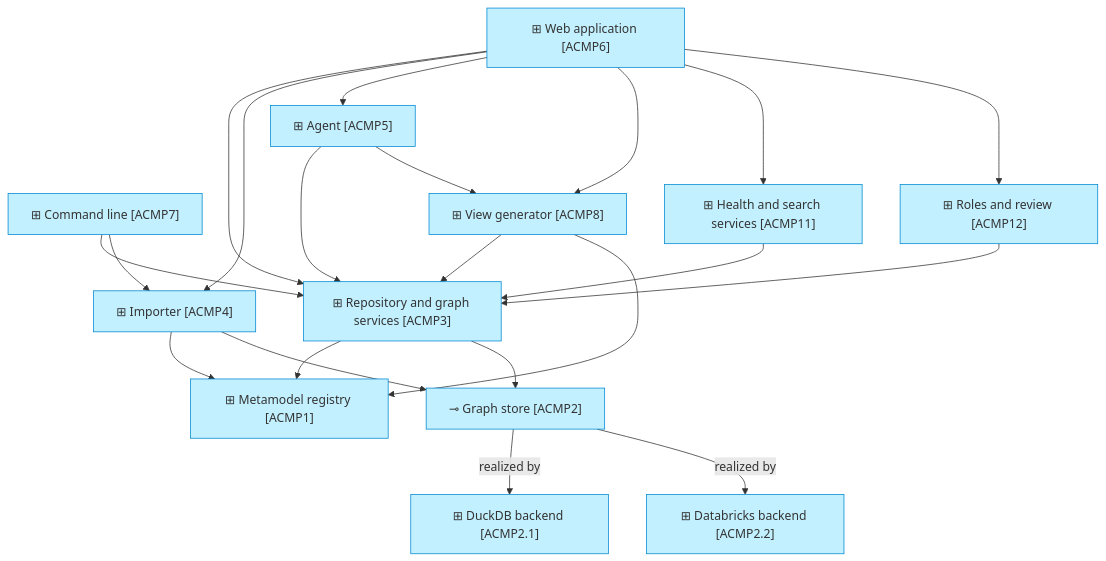
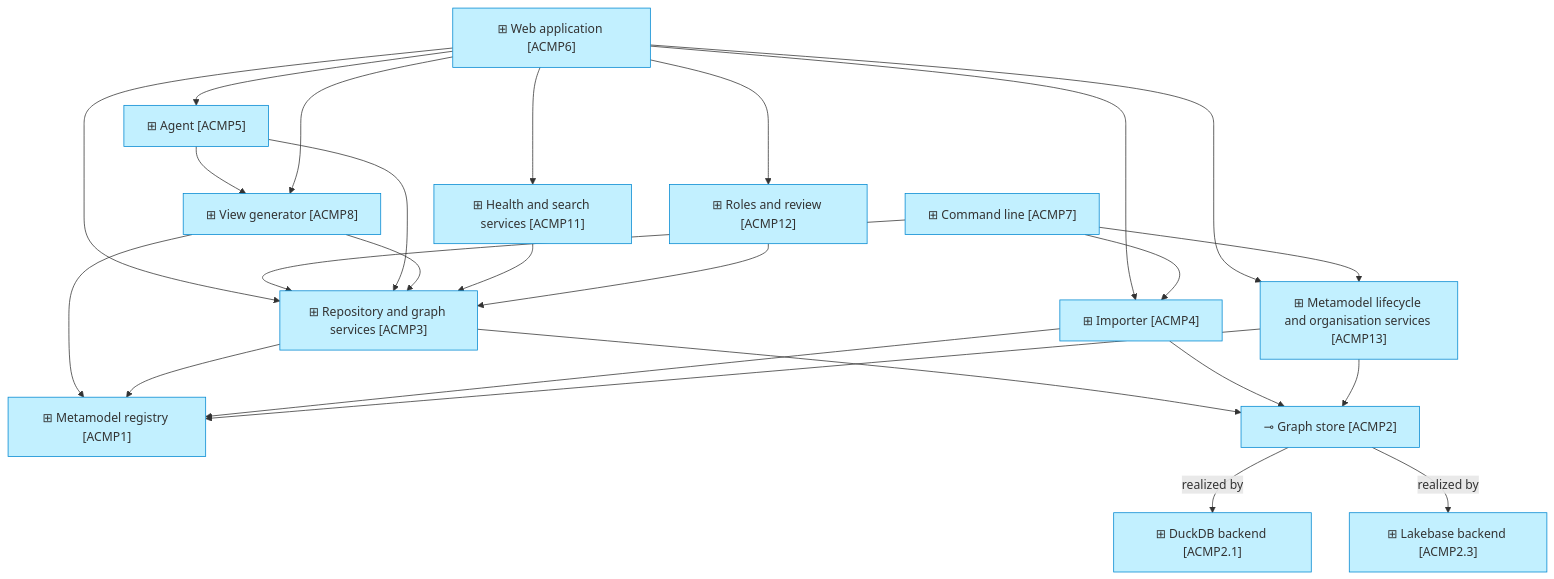
The second of 2 diagrams in architecture/4_application/README.md (roanboc/dbx-enterprise-architecture), drawn with Mermaid before and after one commit. The commit also changed 91 other files, not shown here.

````diff
--- a/architecture/4_application/README.md
+++ b/architecture/4_application/README.md
@@ -38,38 +38,43 @@
 ```mermaid
 flowchart TB
   ui["⊞ Web application [ACMP6]"]:::application
   cli["⊞ Command line [ACMP7]"]:::application
   agent["⊞ Agent [ACMP5]"]:::application
   views["⊞ View generator [ACMP8]"]:::application
   svc["⊞ Repository and graph services [ACMP3]"]:::application
   imp["⊞ Importer [ACMP4]"]:::application
   reg["⊞ Metamodel registry [ACMP1]"]:::application
   store["⊸ Graph store [ACMP2]"]:::application
   duck["⊞ DuckDB backend [ACMP2.1]"]:::application
-  dbx["⊞ Databricks backend [ACMP2.2]"]:::application
+  lake["⊞ Lakebase backend [ACMP2.3]"]:::application
+  meta["⊞ Metamodel lifecycle and organisation services [ACMP13]"]:::application
 
   ui --> svc
   ui --> imp
   ui --> agent
   cli --> svc
   cli --> imp
   agent --> svc
   agent --> views
   ui --> views
   views --> svc
   views --> reg
   svc --> reg
   imp --> reg
   svc --> store
   imp --> store
   health["⊞ Health and search services [ACMP11]"]:::application
   roles["⊞ Roles and review [ACMP12]"]:::application
   ui --> health
   ui --> roles
   health --> svc
   roles --> svc
+  ui --> meta
+  cli --> meta
+  meta --> reg
+  meta --> store
   store -->|realized by| duck
-  store -->|realized by| dbx
+  store -->|realized by| lake
 
   classDef application fill:#c2f0ff,stroke:#0288d1,color:#333
 ```
````
